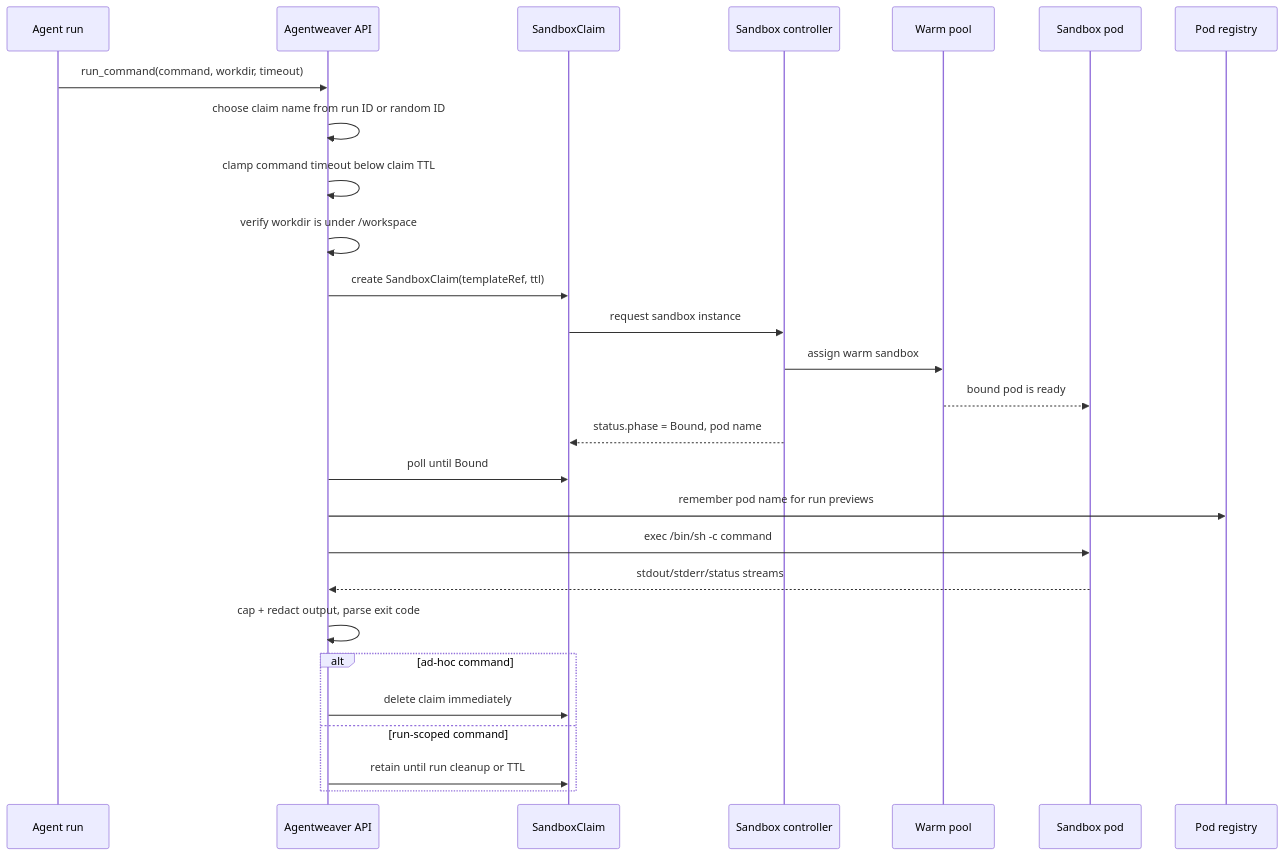
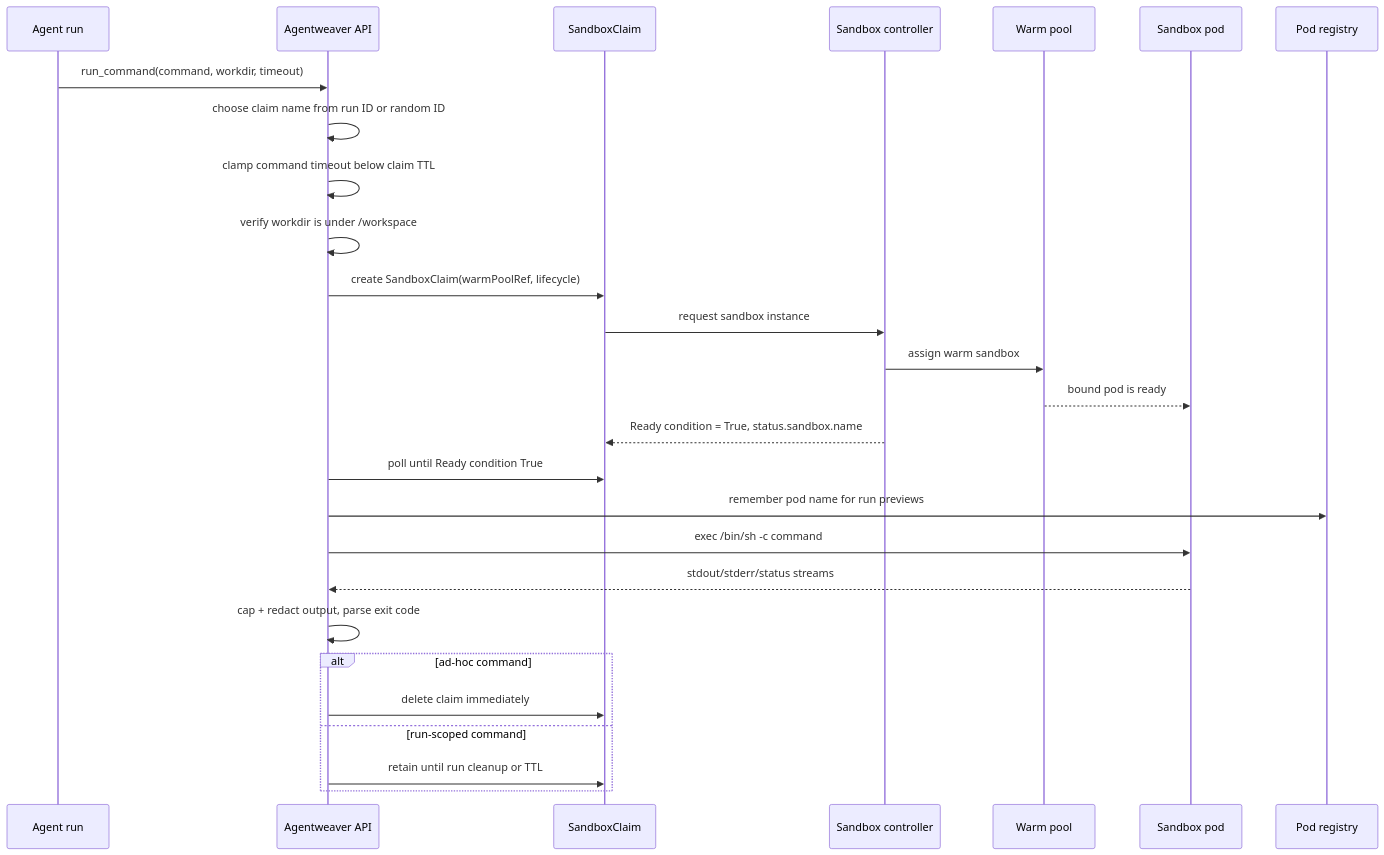
The third of 3 diagrams in docs/deep-dive/sandbox.md (sabbour/agentweaver), drawn with Mermaid before and after one commit. The commit also changed other lines of this file and 8 other files, not shown here.

First line of the commit message:
docs(sandbox): document v1beta1 warmPoolRef SandboxClaim contract + agent-host warm pool

````diff
--- a/docs/deep-dive/sandbox.md
+++ b/docs/deep-dive/sandbox.md
@@ -194,30 +194,30 @@
 ```mermaid
 sequenceDiagram
     participant Agent as Agent run
     participant API as Agentweaver API
     participant Claim as SandboxClaim
     participant Controller as Sandbox controller
     participant Pool as Warm pool
     participant Pod as Sandbox pod
     participant Registry as Pod registry
 
     Agent->>API: run_command(command, workdir, timeout)
     API->>API: choose claim name from run ID or random ID
     API->>API: clamp command timeout below claim TTL
     API->>API: verify workdir is under /workspace
-    API->>Claim: create SandboxClaim(templateRef, ttl)
+    API->>Claim: create SandboxClaim(warmPoolRef, lifecycle)
     Claim->>Controller: request sandbox instance
     Controller->>Pool: assign warm sandbox
     Pool-->>Pod: bound pod is ready
-    Controller-->>Claim: status.phase = Bound, pod name
-    API->>Claim: poll until Bound
+    Controller-->>Claim: Ready condition = True, status.sandbox.name
+    API->>Claim: poll until Ready condition True
     API->>Registry: remember pod name for run previews
     API->>Pod: exec /bin/sh -c command
     Pod-->>API: stdout/stderr/status streams
     API->>API: cap + redact output, parse exit code
     alt ad-hoc command
         API->>Claim: delete claim immediately
     else run-scoped command
         API->>Claim: retain until run cleanup or TTL
     end
 ```
````
